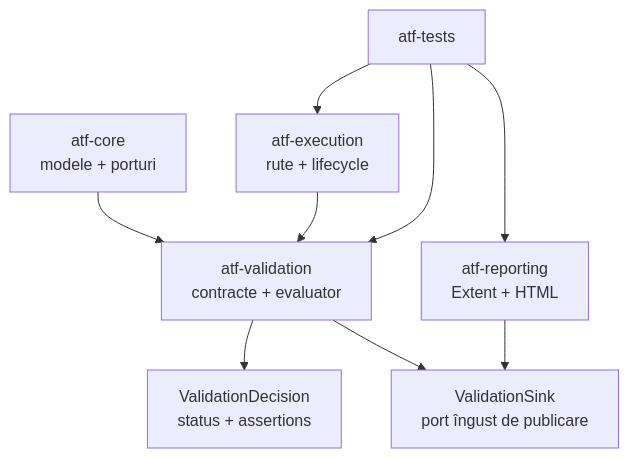
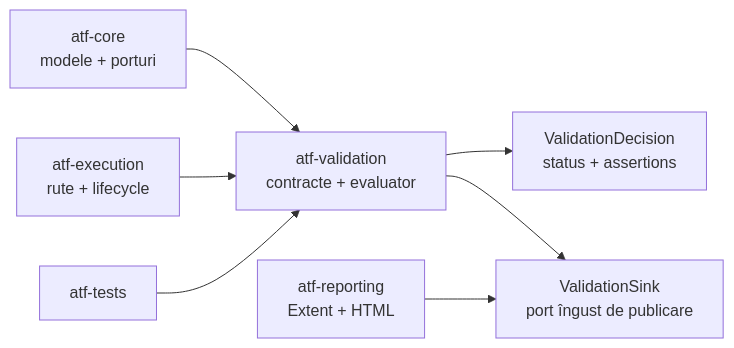
One commit to crististefanita/demo2 changed the first of 2 diagrams in atf-validation/README.md. Above: the diagram before and after it, drawn with Mermaid. The commit also changed other lines of this file and 38 other files, not shown here.

Commit message:
Refine Java ATF reporting and execution contracts

````diff
--- a/atf-validation/README.md
+++ b/atf-validation/README.md
@@ -10,11 +14,9 @@
 ```mermaid
-flowchart TD
+flowchart LR
     Core[atf-core<br/>modele + porturi] --> Validation[atf-validation<br/>contracte + evaluator]
+    Execution[atf-execution<br/>rute + lifecycle] --> Validation
+    Tests[atf-tests] --> Validation
     Validation --> Decision[ValidationDecision<br/>status + assertions]
     Validation --> Sink[ValidationSink<br/>port îngust de publicare]
-    Execution[atf-execution<br/>rute + lifecycle] --> Validation
     Reporting[atf-reporting<br/>Extent + HTML] --> Sink
-    Tests[atf-tests] --> Execution
-    Tests --> Validation
-    Tests --> Reporting
 ```
````
